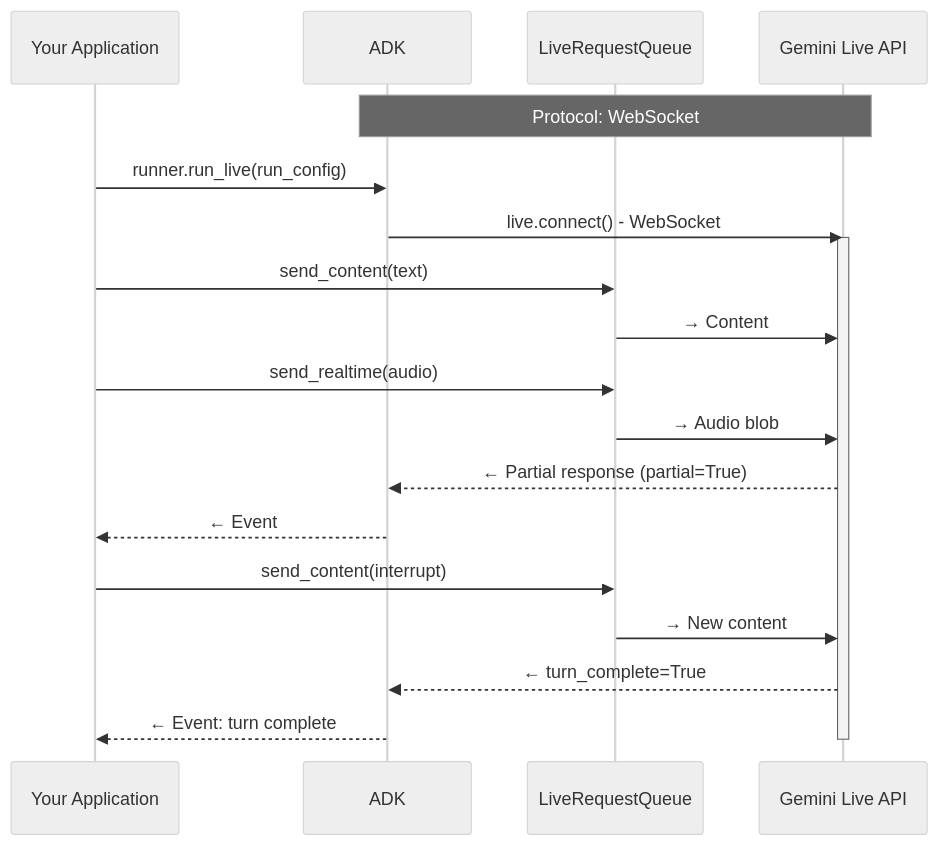
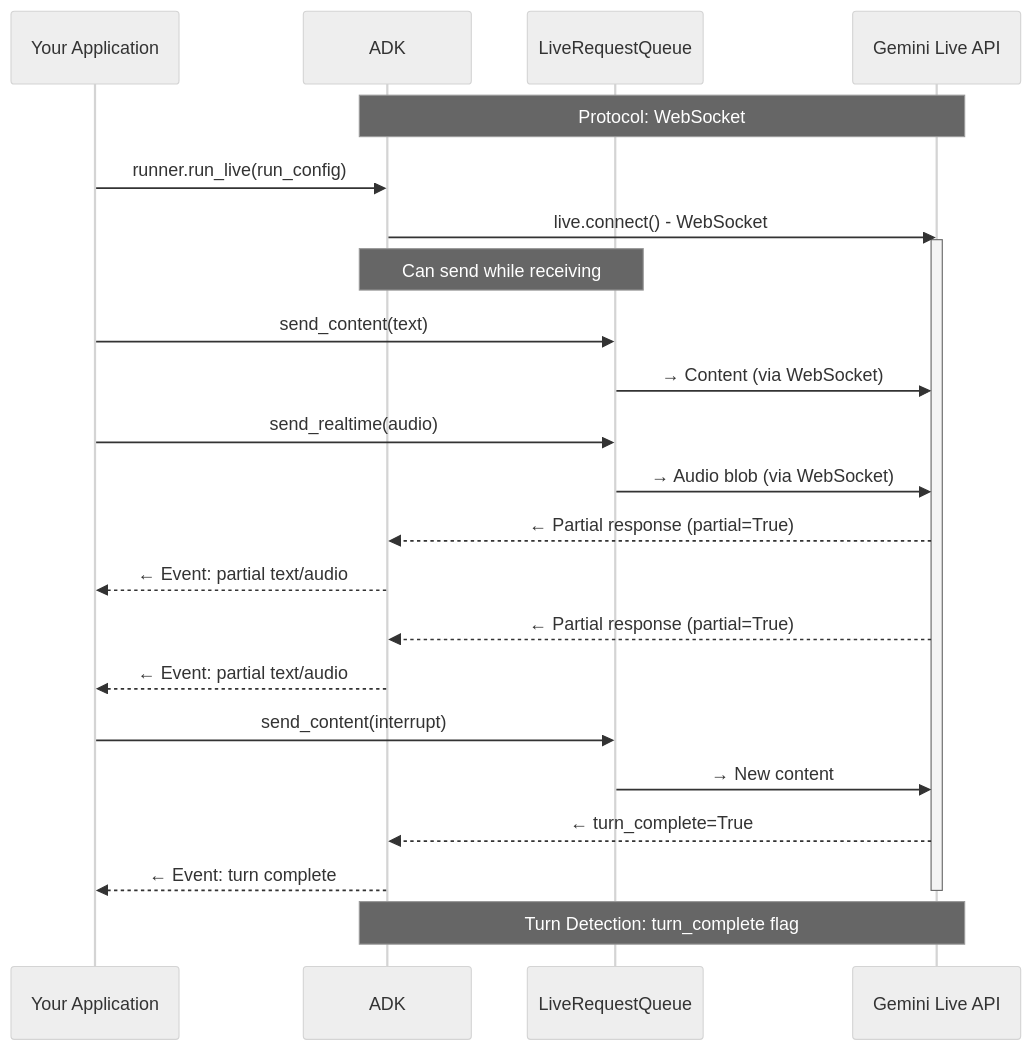
One commit to adk-labs/adk-docs changed the first of 4 diagrams in docs/ja/live/dev-guide/part4.md. Above: the diagram before and after it, drawn with Mermaid (neutral theme). The commit also changed other lines of this file and 55 other files, not shown here.

````diff
--- a/docs/ja/live/dev-guide/part4.md
+++ b/docs/ja/live/dev-guide/part4.md
@@ -132,29 +155,35 @@
 ```mermaid
 sequenceDiagram
     participant App as Your Application
     participant ADK as ADK
     participant Queue as LiveRequestQueue
     participant Gemini as Gemini Live API
 
     Note over ADK,Gemini: Protocol: WebSocket
 
     App->>ADK: runner.run_live(run_config)
     ADK->>Gemini: live.connect() - WebSocket
     activate Gemini
 
+    Note over ADK,Queue: Can send while receiving
+
     App->>Queue: send_content(text)
-    Queue->>Gemini: → Content
+    Queue->>Gemini: → Content (via WebSocket)
     App->>Queue: send_realtime(audio)
-    Queue->>Gemini: → Audio blob
+    Queue->>Gemini: → Audio blob (via WebSocket)
 
     Gemini-->>ADK: ← Partial response (partial=True)
-    ADK-->>App: ← Event
+    ADK-->>App: ← Event: partial text/audio
+    Gemini-->>ADK: ← Partial response (partial=True)
+    ADK-->>App: ← Event: partial text/audio
 
     App->>Queue: send_content(interrupt)
     Queue->>Gemini: → New content
 
     Gemini-->>ADK: ← turn_complete=True
     ADK-->>App: ← Event: turn complete
 
     deactivate Gemini
+
+    Note over ADK,Gemini: Turn Detection: turn_complete flag
 ```
````
